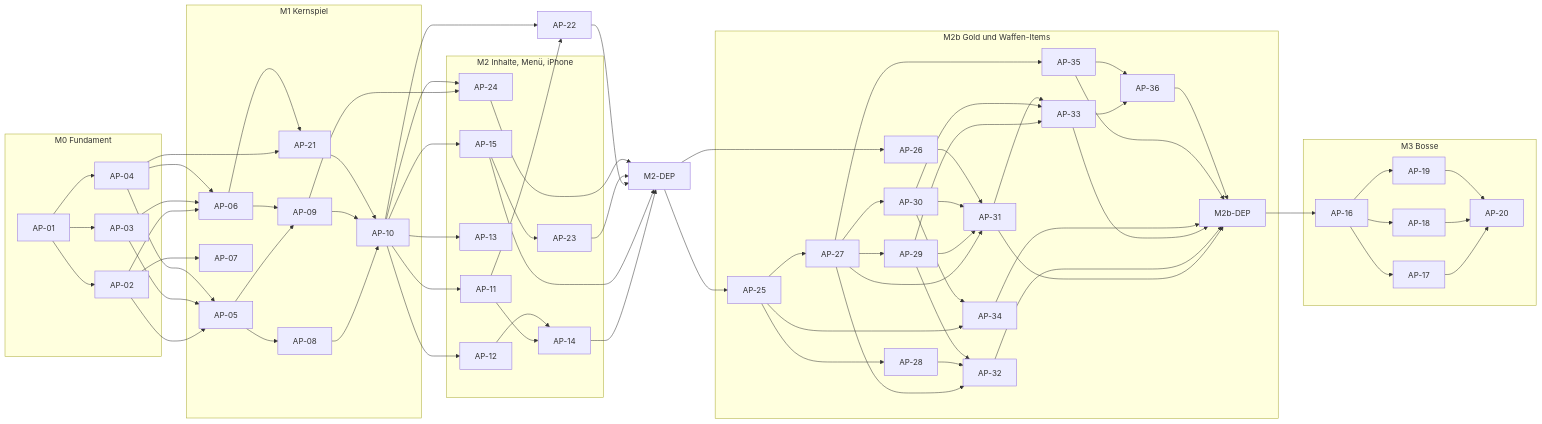
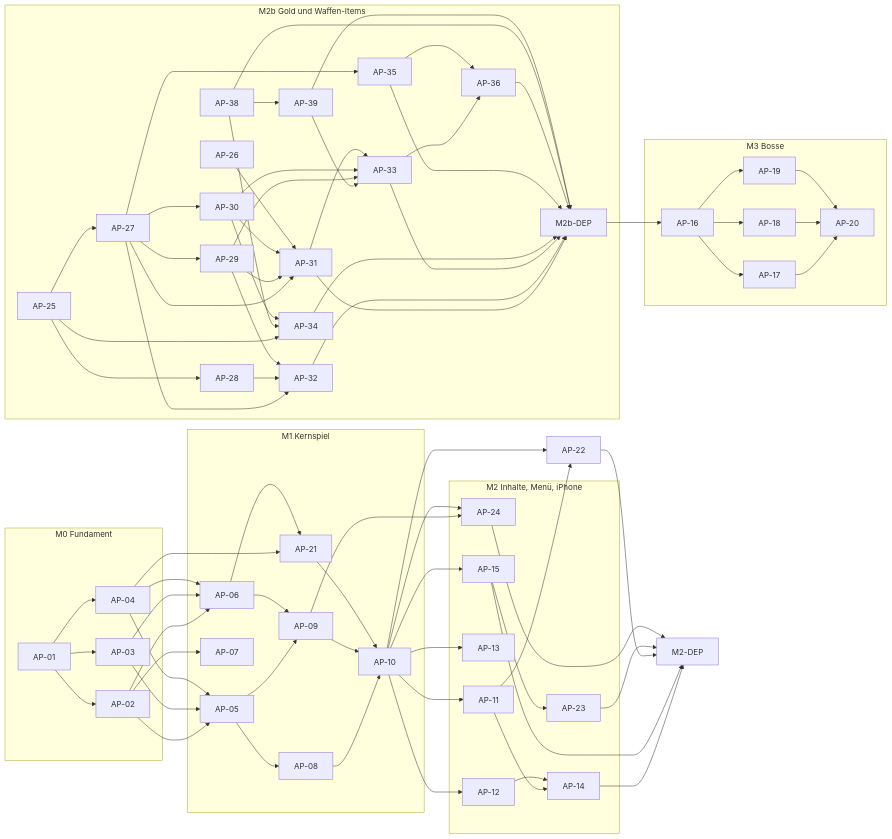
The third of 3 diagrams in docs/masterBuildPlan.md (CemDCoding/360shooter), drawn with Mermaid before and after one commit. The commit also changed other lines of this file, not shown here.

````diff
--- a/docs/masterBuildPlan.md
+++ b/docs/masterBuildPlan.md
@@ -686,45 +697,46 @@
 ```mermaid
 flowchart LR
   subgraph M0["M0 Fundament"]
     AP01["AP-01"] --> AP02["AP-02"] & AP03["AP-03"] & AP04["AP-04"]
   end
   subgraph M1["M1 Kernspiel"]
     AP05["AP-05"] --> AP08["AP-08"] & AP09["AP-09"]
     AP06["AP-06"] --> AP09
     AP08 & AP09 & AP21 --> AP10["AP-10"]
     AP07["AP-07"]
     AP21["AP-21"]
   end
   subgraph M2["M2 Inhalte, Menü, iPhone"]
     AP11["AP-11"] --> AP14["AP-14"]
     AP12["AP-12"] --> AP14
     AP13["AP-13"]
     AP15["AP-15"] --> AP23["AP-23"]
     AP24["AP-24"]
   end
   subgraph M2b["M2b Gold und Waffen-Items"]
     AP25["AP-25"] --> AP27["AP-27"] & AP28["AP-28"] & AP34["AP-34"]
     AP26["AP-26"]
+    AP38["AP-38"] --> AP39["AP-39"] & AP34["AP-34"]
+    AP39 --> AP33["AP-33"]
     AP27 --> AP29["AP-29"] & AP30["AP-30"] & AP35["AP-35"] & AP31["AP-31"] & AP32["AP-32"]
     AP28 --> AP32
     AP29 --> AP31 & AP32 & AP33["AP-33"]
     AP30 --> AP31 & AP33 & AP34
     AP26 --> AP31
     AP31 --> AP33
     AP33 & AP35 --> AP36["AP-36"]
-    AP31 & AP32 & AP33 & AP34 & AP35 & AP36 --> M2bDEP["M2b-DEP"]
+    AP31 & AP32 & AP33 & AP34 & AP35 & AP36 & AP38 & AP39 --> M2bDEP["M2b-DEP"]
   end
-  M2DEP --> AP25 & AP26
   subgraph M3["M3 Bosse"]
     AP16["AP-16"] --> AP17["AP-17"] & AP18["AP-18"] & AP19["AP-19"]
     AP17 & AP18 & AP19 --> AP20["AP-20"]
   end
   AP02 & AP03 & AP04 --> AP05 & AP06
   AP02 --> AP07
   AP04 & AP06 --> AP21
   AP10 --> AP11 & AP12 & AP13 & AP15
   M2bDEP --> AP16
   AP10 & AP11 --> AP22["AP-22"]
   AP09 & AP10 --> AP24
   AP14 & AP15 & AP22 & AP23 & AP24 --> M2DEP["M2-DEP"]
 ```
````
